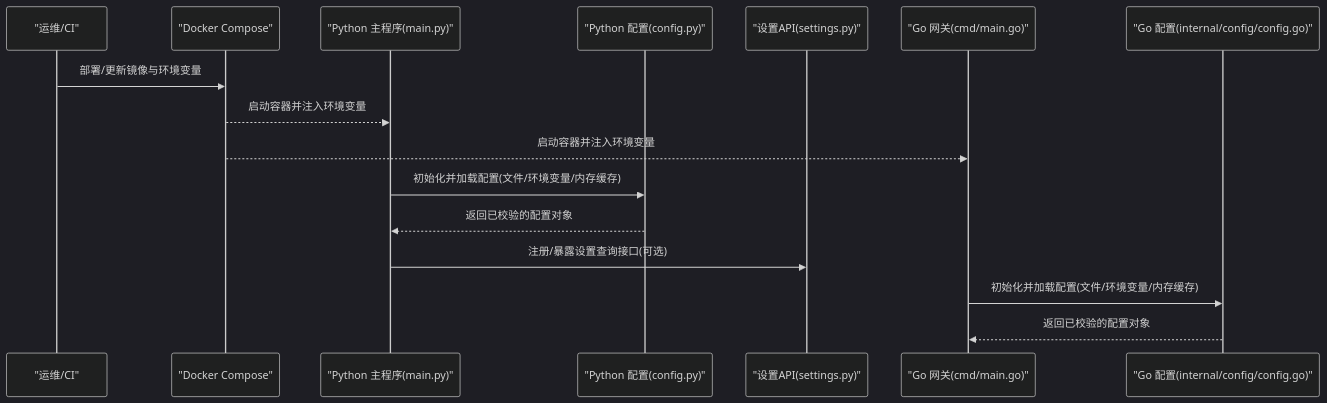
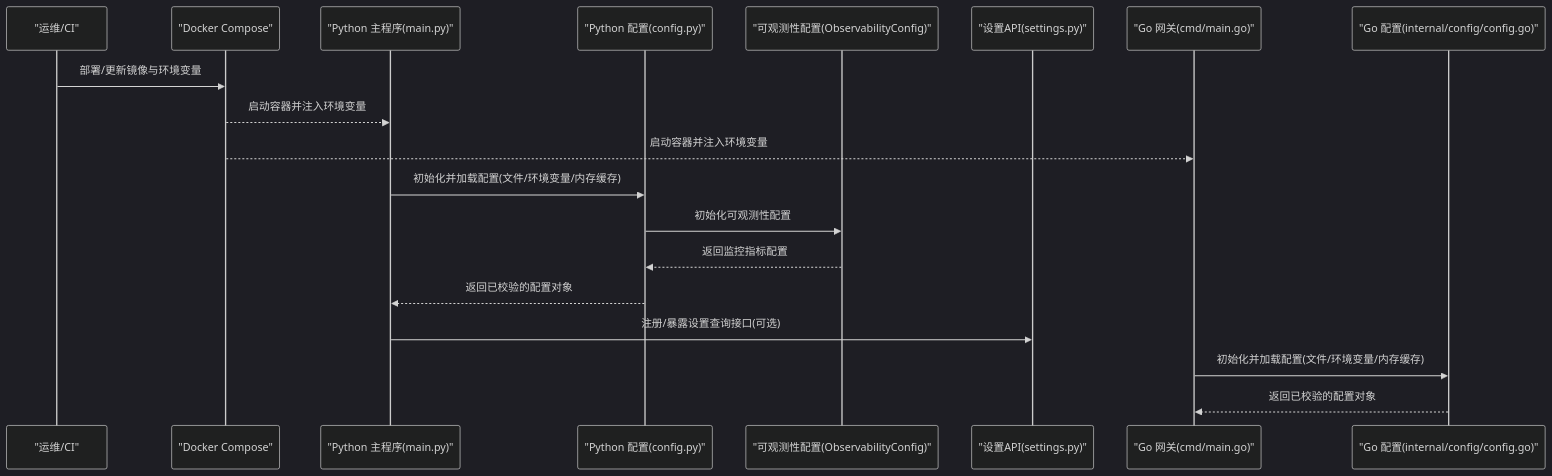
Before and after one commit to zmdhdu/NexusCockpit: the second of 3 diagrams in .qoder/repowiki/zh/content/系统架构设计/微服务架构设计/配置管理服务.md, drawn with Mermaid (dark theme). The commit also changed other lines of this file and 21 other files, not shown here.

````diff
--- a/.qoder/repowiki/zh/content/系统架构设计/微服务架构设计/配置管理服务.md
+++ b/.qoder/repowiki/zh/content/系统架构设计/微服务架构设计/配置管理服务.md
@@ -91,18 +107,21 @@
 ```mermaid
 sequenceDiagram
 participant Ops as "运维/CI"
 participant Compose as "Docker Compose"
 participant PyMain as "Python 主程序(main.py)"
 participant PyCfg as "Python 配置(config.py)"
+participant PyObs as "可观测性配置(ObservabilityConfig)"
 participant PySettings as "设置API(settings.py)"
 participant GoMain as "Go 网关(cmd/main.go)"
 participant GoCfg as "Go 配置(internal/config/config.go)"
 Ops->>Compose : 部署/更新镜像与环境变量
 Compose-->>PyMain : 启动容器并注入环境变量
 Compose-->>GoMain : 启动容器并注入环境变量
 PyMain->>PyCfg : 初始化并加载配置(文件/环境变量/内存缓存)
+PyCfg->>PyObs : 初始化可观测性配置
+PyObs-->>PyCfg : 返回监控指标配置
 PyCfg-->>PyMain : 返回已校验的配置对象
 PyMain->>PySettings : 注册/暴露设置查询接口(可选)
 GoMain->>GoCfg : 初始化并加载配置(文件/环境变量/内存缓存)
 GoCfg-->>GoMain : 返回已校验的配置对象
 ```
````
